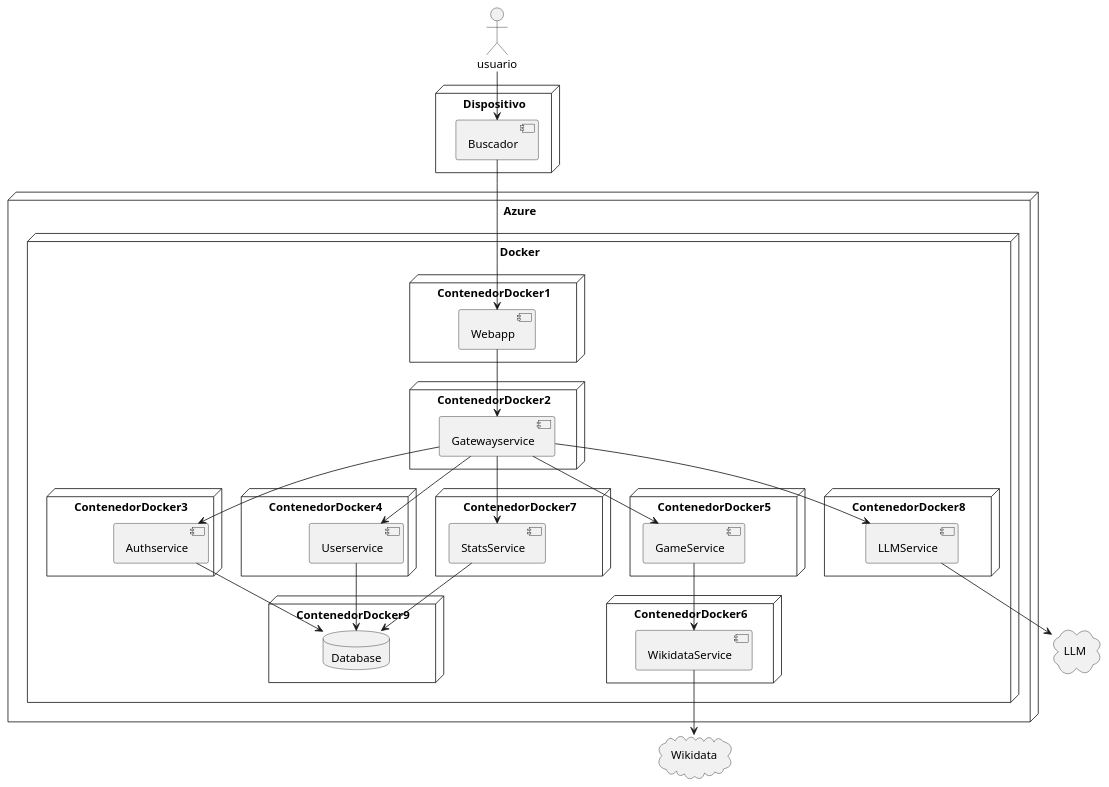
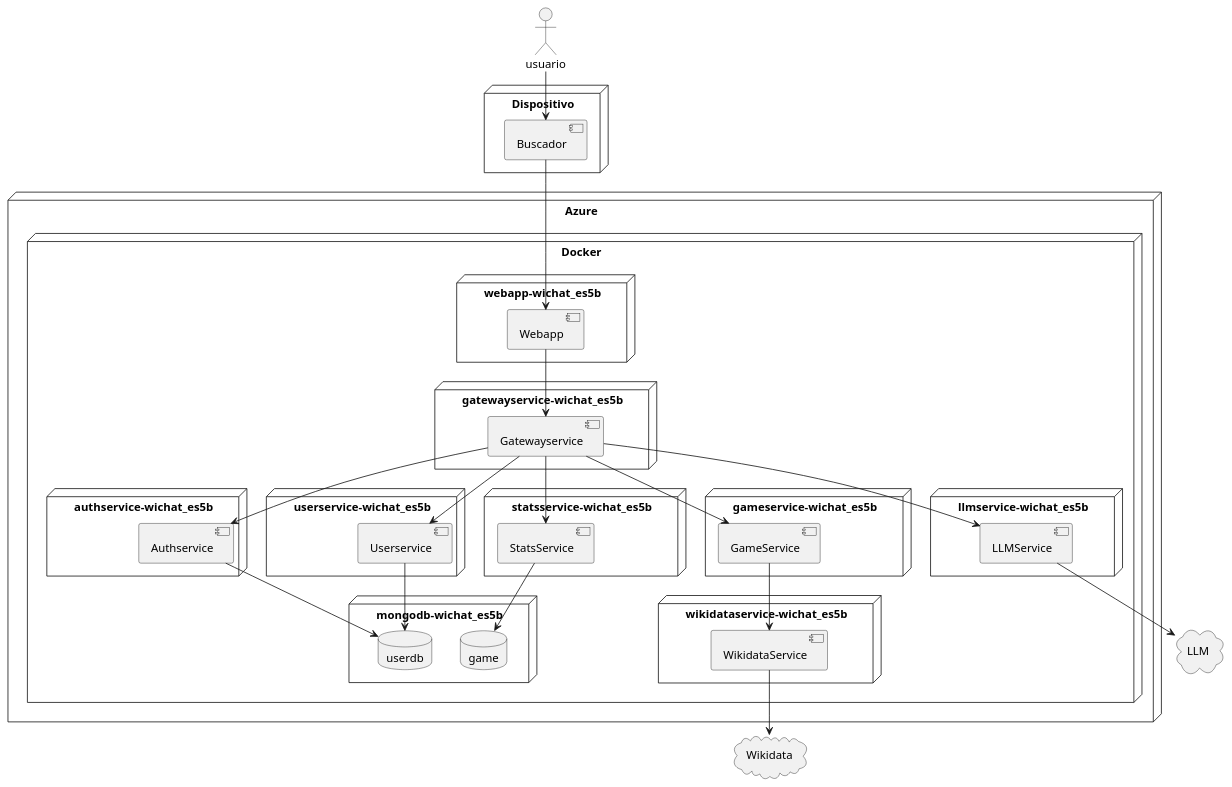
The diagram in docs/src/07_deployment_view.adoc (Arquisoft/wichat_es5b), drawn with PlantUML before and after one commit. The commit also changed other lines of this file and 2 other files, not shown here.

```diff
--- a/docs/src/07_deployment_view.adoc
+++ b/docs/src/07_deployment_view.adoc
@@ -66,72 +66,73 @@
 [plantuml, arquitectura, png]
 ----
 @startuml
 
 
 actor usuario
 
 node Dispositivo{
     [Buscador] as buscador
 }
 
 node Azure{
     node Docker{
-        node ContenedorDocker1{
+        node webapp-wichat_es5b{
             [Webapp] as webapp
         }
 
-        node ContenedorDocker2{
+        node gatewayservice-wichat_es5b{
             [Gatewayservice] as gateway
         }
 
-        node ContenedorDocker3{
+        node authservice-wichat_es5b{
             [Authservice] as authservice
         }
 
-        node ContenedorDocker4{
+        node userservice-wichat_es5b{
             [Userservice] as userservice
         }
 
-        node ContenedorDocker5{
+        node gameservice-wichat_es5b{
             [GameService] as gameservice
         }
 
-        node ContenedorDocker6{
+        node wikidataservice-wichat_es5b{
             [WikidataService] as wikidataservice
         }
 
-        node ContenedorDocker7{
+        node statsservice-wichat_es5b{
             [StatsService] as statsservice
         }
 
-        node ContenedorDocker8{
+        node llmservice-wichat_es5b{
             [LLMService] as llmservice
         }
 
-        node ContenedorDocker9{
-            database "Database" as database
+        node mongodb-wichat_es5b{
+            database "userdb" as userdb
+            database "game" as game
         }
-        
+
     }
 }
 
 Cloud "Wikidata"
 Cloud "LLM"
 
 usuario --> buscador
 buscador --> webapp
 webapp --> gateway
 gateway --> llmservice
 llmservice --> LLM
 gateway --> authservice
 gateway --> userservice
 gateway --> gameservice
 gameservice --> wikidataservice
 wikidataservice --> "Wikidata"
-userservice --> database
-authservice --> database
+userservice --> userdb
+authservice --> userdb
 gateway --> statsservice
-statsservice --> database
+statsservice --> game
 
 @enduml
 ----
```
